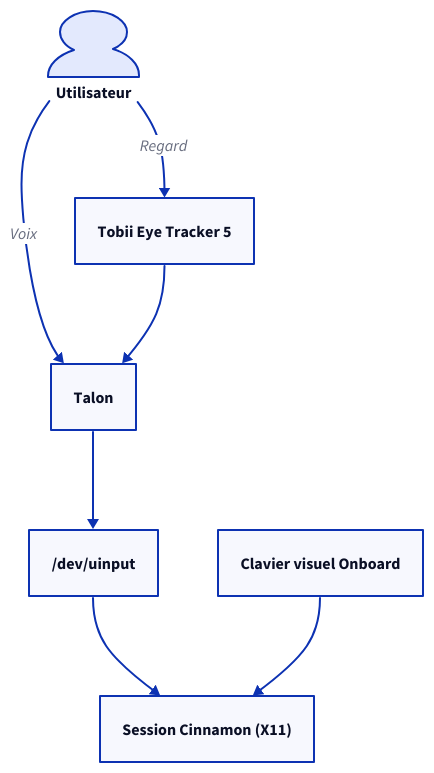
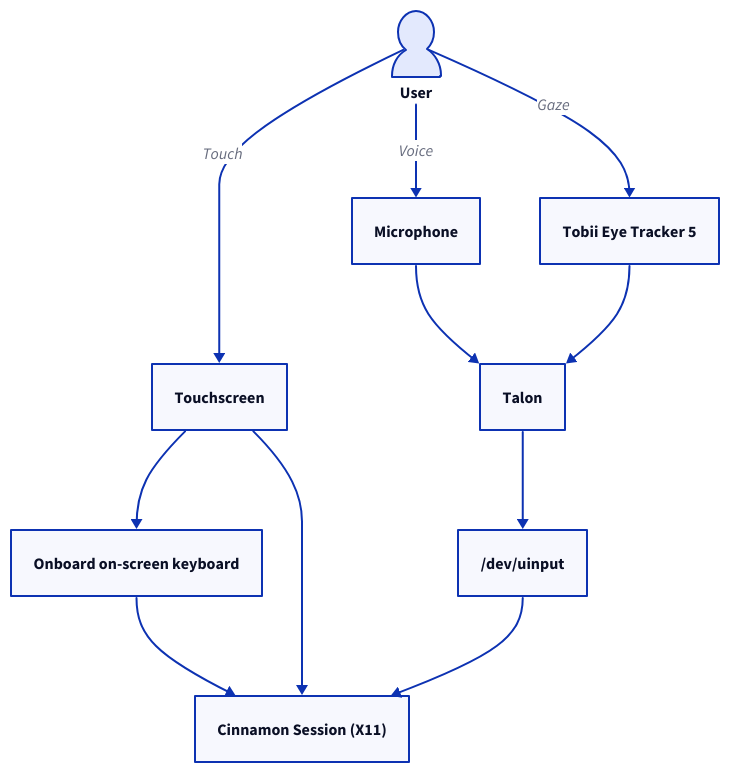
Before and after one commit to darkone-linux/dnf-doc: the diagram in src/content/docs/en/doc/admin-guide/operate/accessibility.mdx, drawn with D2. The commit also changed other lines of this file and 15 other files, not shown here.

````diff
--- a/src/content/docs/en/doc/admin-guide/operate/accessibility.mdx
+++ b/src/content/docs/en/doc/admin-guide/operate/accessibility.mdx
@@ -31,18 +44,24 @@
 ```d2
 style.fill: transparent
 direction: down
 
-user: Utilisateur { shape: person }
+user: User { shape: person }
+touch: Touchscreen
+mic: Microphone
 tracker: Tobii Eye Tracker 5
+onboard: Onboard on-screen keyboard
 talon: Talon
 uinput: /dev/uinput
-session: Session Cinnamon (X11)
-onboard: Clavier visuel Onboard
+session: Cinnamon Session (X11)
 
-user -> tracker: Regard
-user -> talon: Voix
+user -> touch: Touch
+user -> mic: Voice
+user -> tracker: Gaze
+touch -> onboard
+touch -> session
+mic -> talon
 tracker -> talon
 talon -> uinput
 uinput -> session
 onboard -> session
 ```
````
